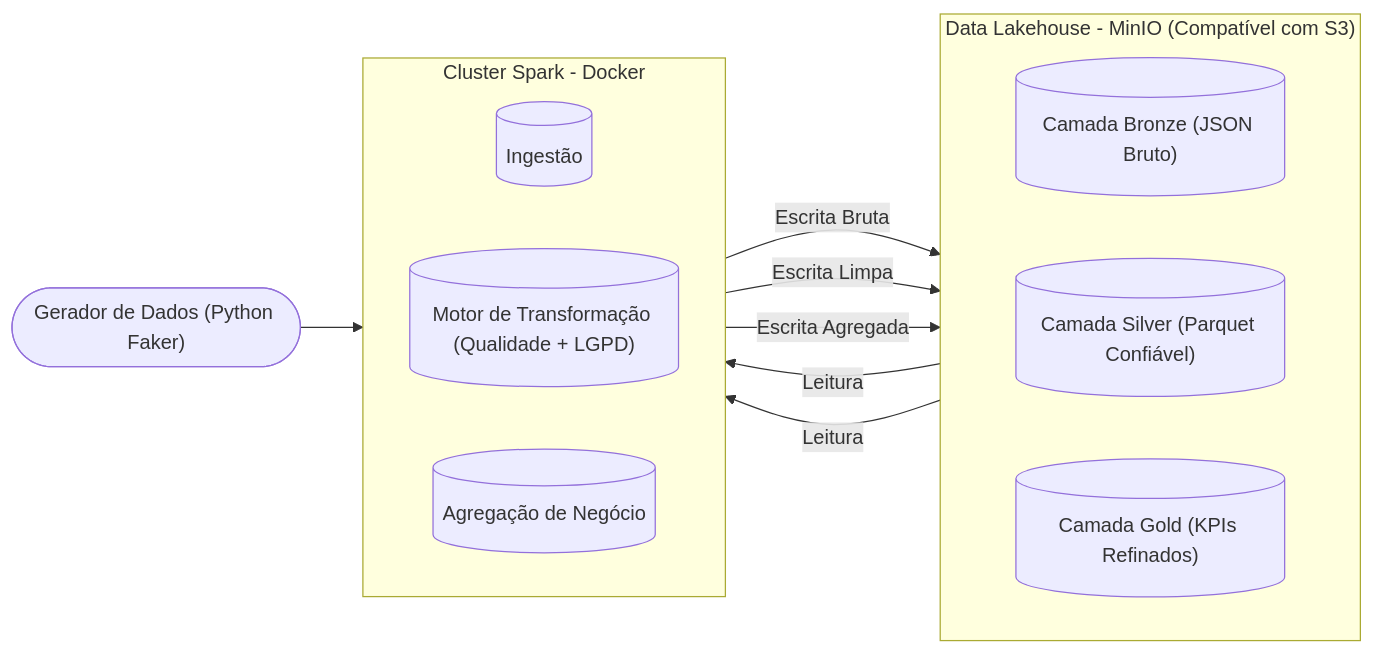
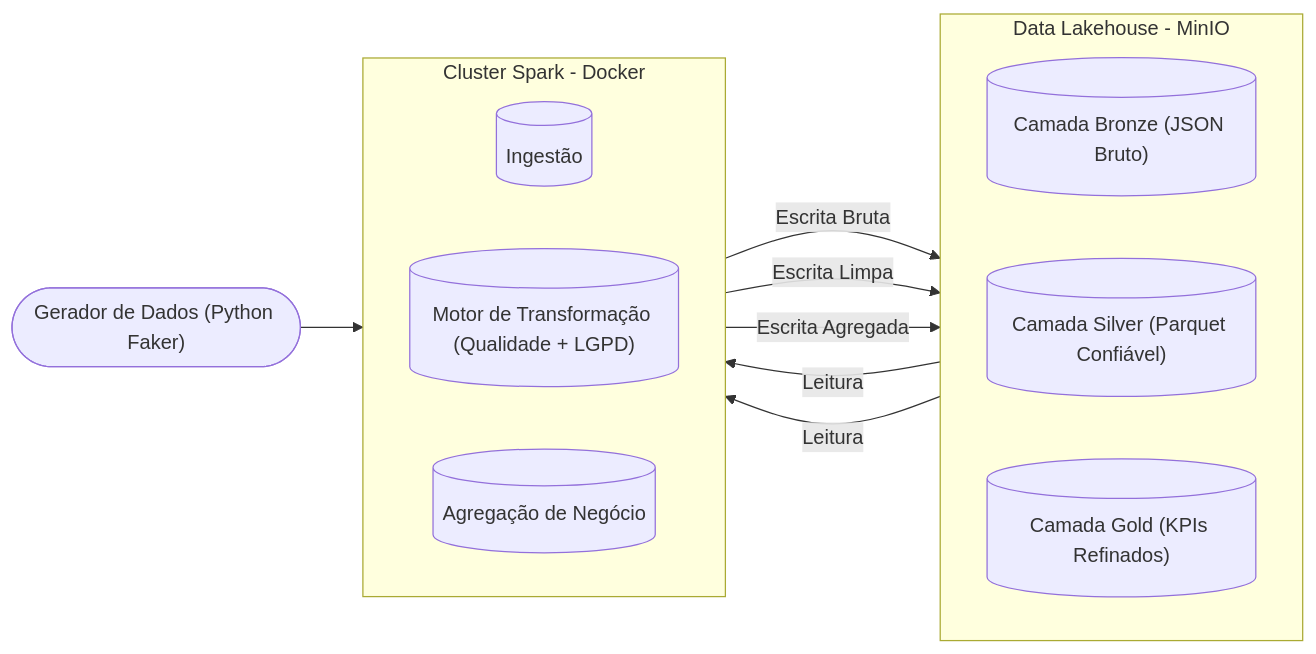
The second of 2 diagrams in README.pt-BR.md (arthurgmv/projeto_data_masters), drawn with Mermaid before and after one commit.

````diff
--- a/README.pt-BR.md
+++ b/README.pt-BR.md
@@ -48,27 +48,27 @@
 ```mermaid
 flowchart LR
     Generator(["Gerador de Dados (Python Faker)"])
 
-    subgraph Lakehouse ["Data Lakehouse - MinIO (Compatível com S3)"]
+    subgraph Lakehouse ["Data Lakehouse - MinIO"]
         direction LR
         Bronze[("Camada Bronze (JSON Bruto)")]
         Silver[("Camada Silver (Parquet Confiável)")]
         Gold[("Camada Gold (KPIs Refinados)")]
     end
 
     subgraph Processing ["Cluster Spark - Docker"]
         direction LR
         Ingestor[("Ingestão")]
         Transformer[("Motor de Transformação (Qualidade + LGPD)")]
         Aggregator[("Agregação de Negócio")]
     end
 
     Generator --> Ingestor
     Ingestor -->|Escrita Bruta| Bronze
     
     Bronze -->|Leitura| Transformer
     Transformer -->|Escrita Limpa| Silver
     
     Silver -->|Leitura| Aggregator
     Aggregator -->|Escrita Agregada| Gold
 ```
````
